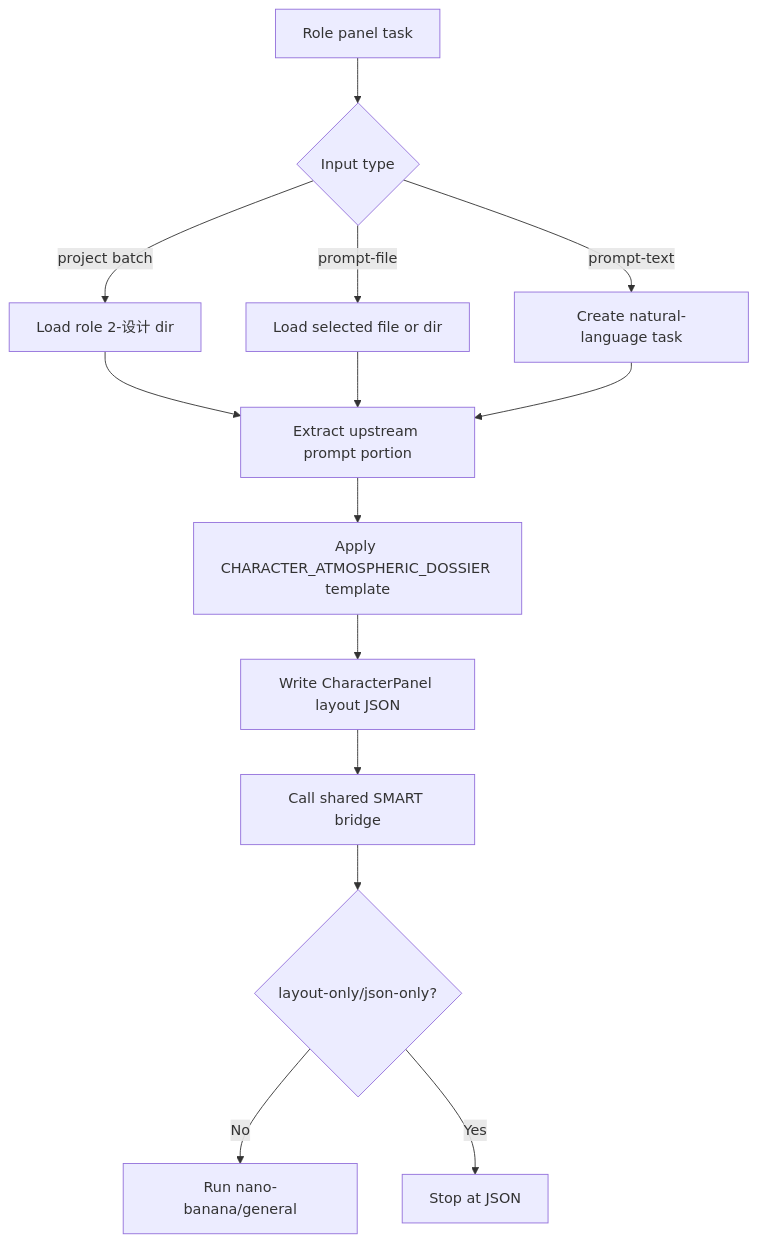
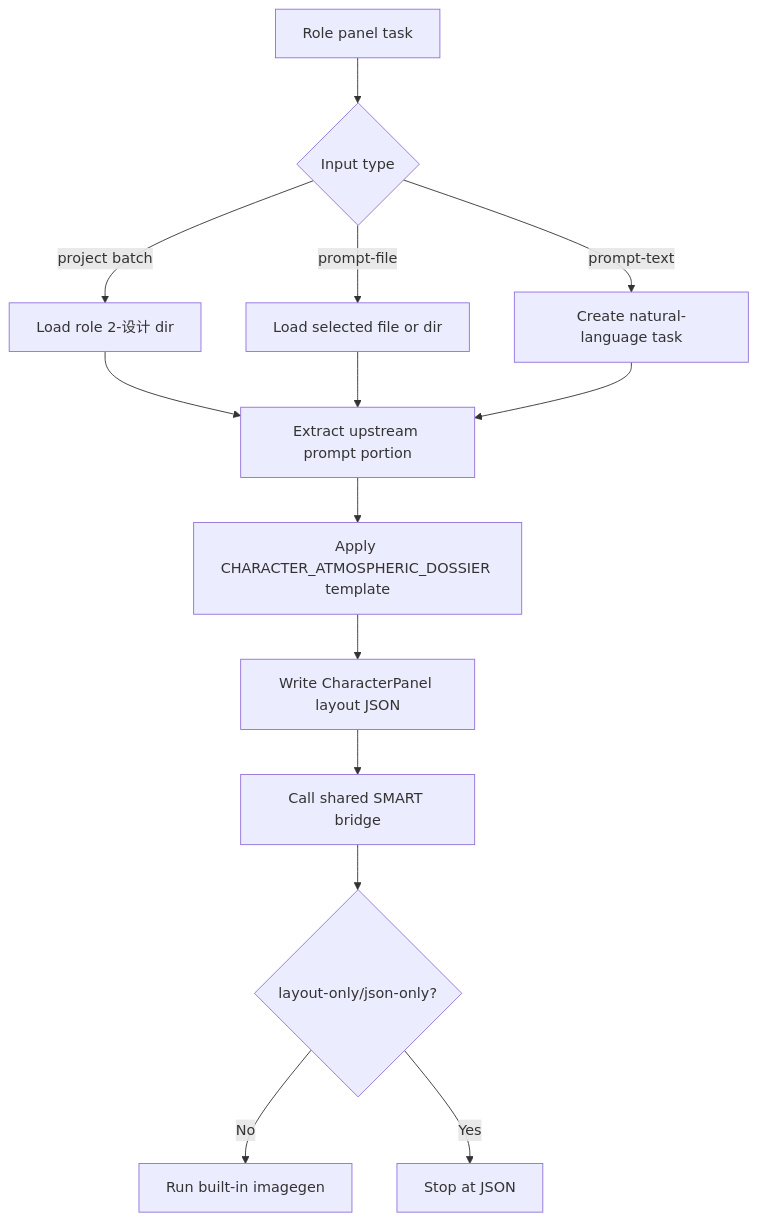
Before and after one commit to ZEN-VOID/AI-CUT: the first of 4 diagrams in .agents/skills/aigc/4-Design/3-面板/角色/SKILL.md, drawn with Mermaid. The commit also changed other lines of this file and 59 other files, not shown here.

````diff
--- a/.agents/skills/aigc/4-Design/3-面板/角色/SKILL.md
+++ b/.agents/skills/aigc/4-Design/3-面板/角色/SKILL.md
@@ -114,16 +114,16 @@
 ```mermaid
 flowchart TD
     A["Role panel task"] --> B{"Input type"}
     B -->|"project batch"| C["Load role 2-设计 dir"]
     B -->|"prompt-file"| D["Load selected file or dir"]
     B -->|"prompt-text"| E["Create natural-language task"]
     C --> F["Extract upstream prompt portion"]
     D --> F
     E --> F
     F --> G["Apply CHARACTER_ATMOSPHERIC_DOSSIER template"]
     G --> H["Write CharacterPanel layout JSON"]
     H --> I["Call shared SMART bridge"]
     I --> J{"layout-only/json-only?"}
-    J -->|"No"| K["Run nano-banana/general"]
+    J -->|"No"| K["Run built-in imagegen"]
     J -->|"Yes"| L["Stop at JSON"]
 ```
````
